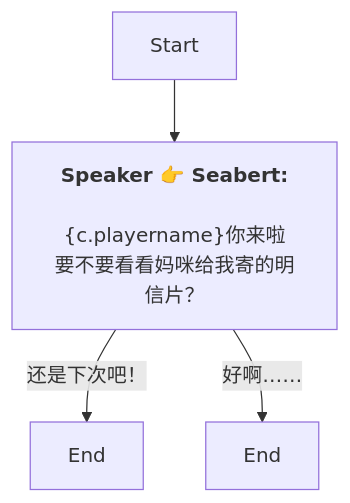
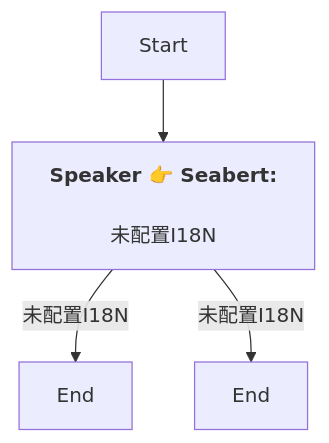
The diagram in Zh/QuestTalkObjectiveNode_1753752288090526.md (SoftHu/tos_avg), drawn with Mermaid before and after one commit. The commit also changed 730 other files, not shown here.

````diff
--- a/Zh/QuestTalkObjectiveNode_1753752288090526.md
+++ b/Zh/QuestTalkObjectiveNode_1753752288090526.md
@@ -1,9 +1,8 @@
 ```mermaid
 graph
 Start -->1753752340862378[<b>Speaker 👉 Seabert:</b>
-\n&lbrace;c.playername&rbrace;你来啦
-要不要看看妈咪给我寄的明信片？]
-1753752340862378 -->|还是下次吧！|1753752340863407[End]
-1753752340862378 -->|好啊……|1753752340863406[End]
+\n未配置I18N]
+1753752340862378 -->|未配置I18N|1753752340863407[End]
+1753752340862378 -->|未配置I18N|1753752340863406[End]
 
 ```
````
